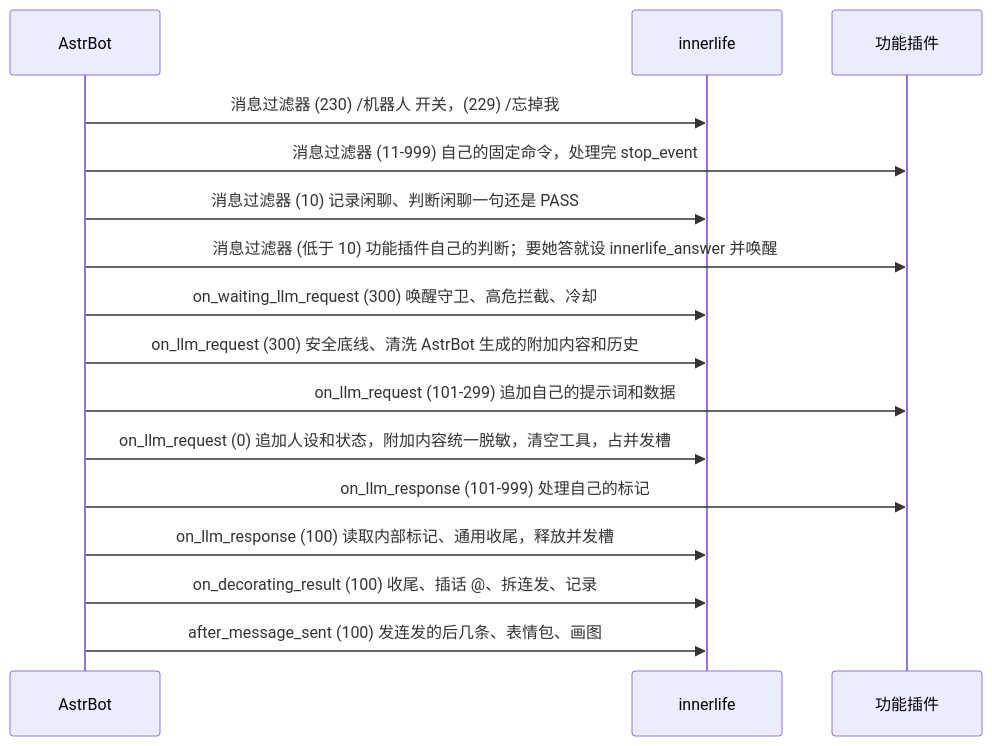
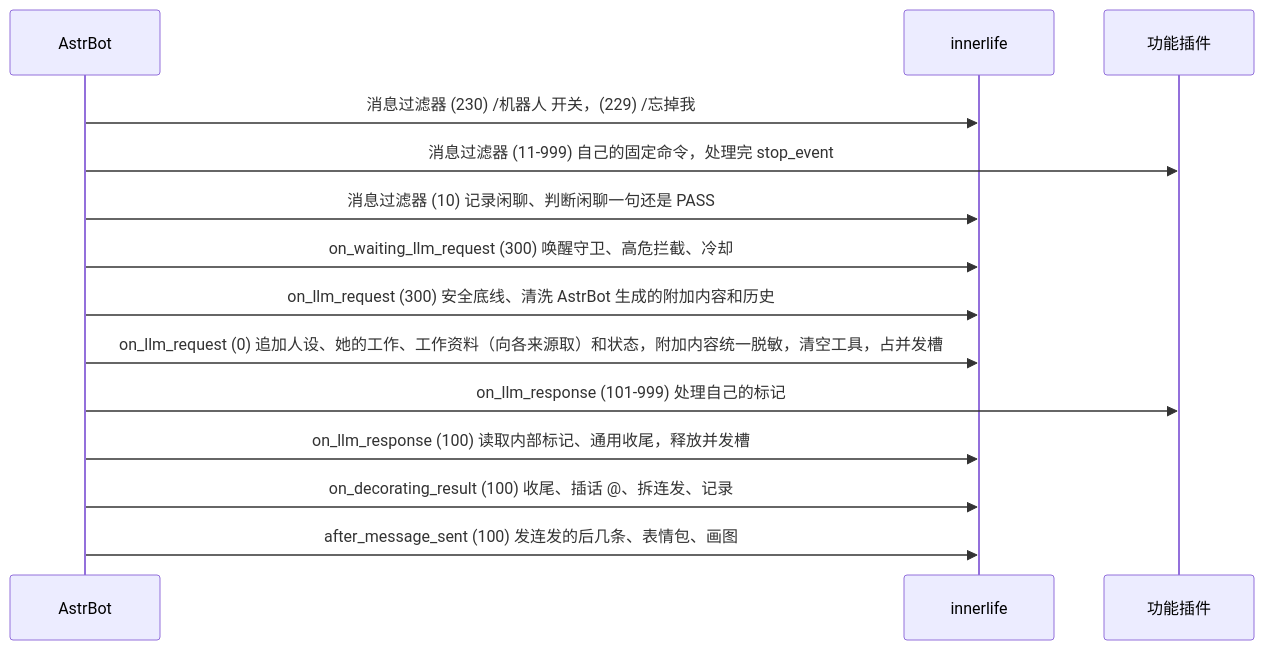
The diagram in docs/design.md (DawnJson/astrbot_plugin_innerlife), drawn with Mermaid before and after one commit. The commit also changed other lines of this file and 7 other files, not shown here.

````diff
--- a/docs/design.md
+++ b/docs/design.md
@@ -38,18 +38,16 @@
 ```mermaid
 sequenceDiagram
     participant A as AstrBot
     participant I as innerlife
     participant D as 功能插件
     A->>I: 消息过滤器 (230) /机器人 开关，(229) /忘掉我
     A->>D: 消息过滤器 (11-999) 自己的固定命令，处理完 stop_event
     A->>I: 消息过滤器 (10) 记录闲聊、判断闲聊一句还是 PASS
-    A->>D: 消息过滤器 (低于 10) 功能插件自己的判断；要她答就设 innerlife_answer 并唤醒
     A->>I: on_waiting_llm_request (300) 唤醒守卫、高危拦截、冷却
     A->>I: on_llm_request (300) 安全底线、清洗 AstrBot 生成的附加内容和历史
-    A->>D: on_llm_request (101-299) 追加自己的提示词和数据
-    A->>I: on_llm_request (0) 追加人设和状态，附加内容统一脱敏，清空工具，占并发槽
+    A->>I: on_llm_request (0) 追加人设、她的工作、工作资料（向各来源取）和状态，附加内容统一脱敏，清空工具，占并发槽
     A->>D: on_llm_response (101-999) 处理自己的标记
     A->>I: on_llm_response (100) 读取内部标记、通用收尾，释放并发槽
     A->>I: on_decorating_result (100) 收尾、插话 @、拆连发、记录
     A->>I: after_message_sent (100) 发连发的后几条、表情包、画图
 ```
````
